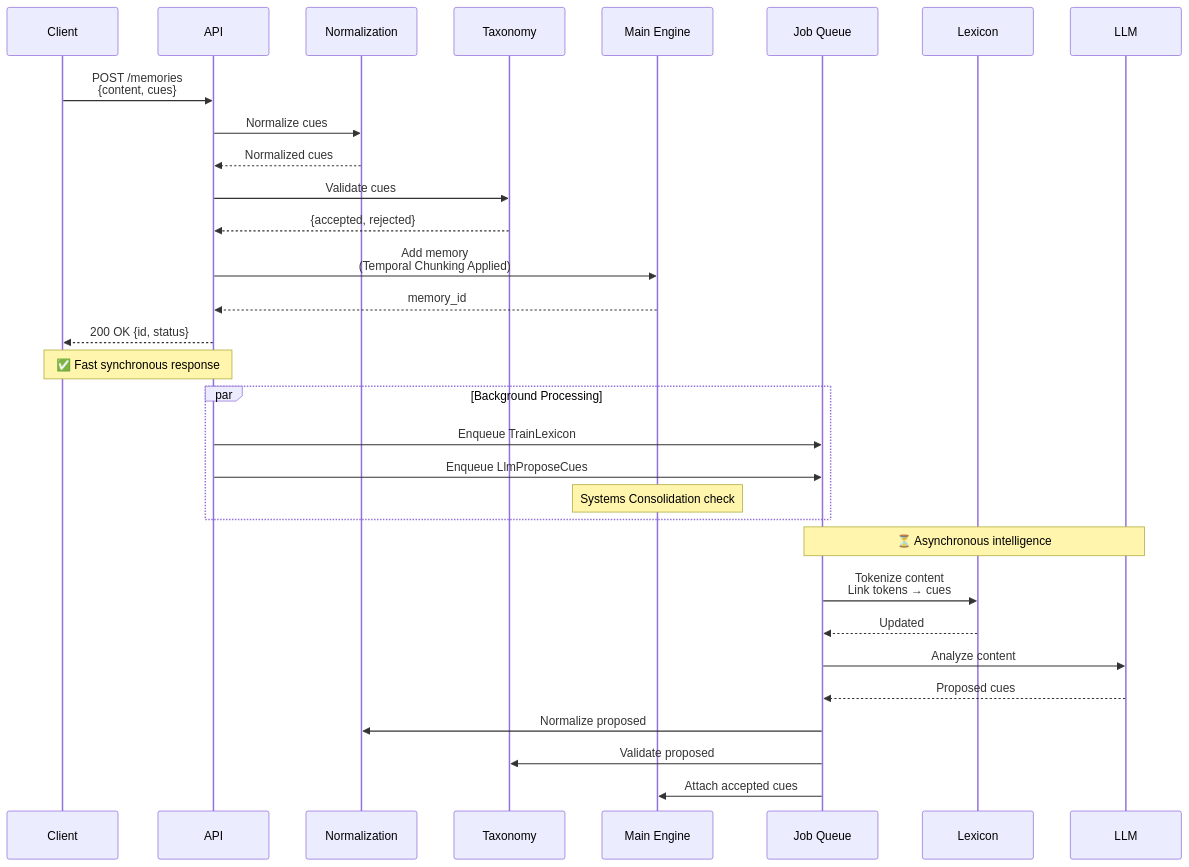
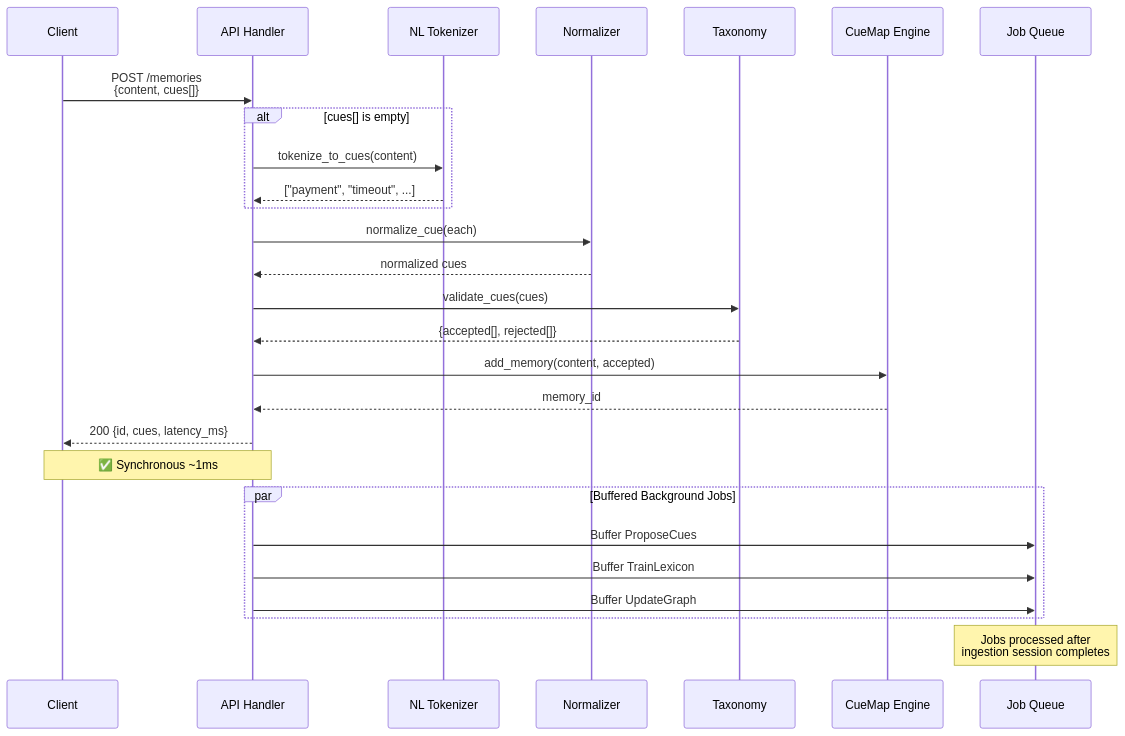
Before and after one commit to cuemap-dev/cuemap: the second of 6 diagrams in README.md, drawn with Mermaid. The commit also changed other lines of this file and 6 other files, not shown here.

````diff
--- a/README.md
+++ b/README.md
@@ -610,43 +637,37 @@
 ```mermaid
 sequenceDiagram
-    participant Client
-    participant API
-    participant Norm as Normalization
+    participant C as Client
+    participant API as API Handler
+    participant NL as NL Tokenizer
+    participant Norm as Normalizer
     participant Tax as Taxonomy
-    participant Main as Main Engine
-    participant Jobs as Job Queue
-    participant Lex as Lexicon
-    participant LLM
+    participant Main as CueMap Engine
+    participant Q as Job Queue
     
-    Client->>API: POST /memories<br/>{content, cues}
+    C->>API: POST /memories<br/>{content, cues[]}
     
-    API->>Norm: Normalize cues
-    Norm-->>API: Normalized cues
+    alt cues[] is empty
+        API->>NL: tokenize_to_cues(content)
+        NL-->>API: ["payment", "timeout", ...]
+    end
     
-    API->>Tax: Validate cues
-    Tax-->>API: {accepted, rejected}
+    API->>Norm: normalize_cue(each)
+    Norm-->>API: normalized cues
     
-    API->>Main: Add memory<br/>(Temporal Chunking Applied)
+    API->>Tax: validate_cues(cues)
+    Tax-->>API: {accepted[], rejected[]}
+    
+    API->>Main: add_memory(content, accepted)
     Main-->>API: memory_id
     
-    API-->>Client: 200 OK {id, status}
-    Note over Client,API: ✅ Fast synchronous response
+    API-->>C: 200 {id, cues, latency_ms}
+    Note over C,API: ✅ Synchronous ~1ms
     
-    par Background Processing
-        API->>Jobs: Enqueue TrainLexicon
-        API->>Jobs: Enqueue LlmProposeCues
-        Note over Main: Systems Consolidation check
+    par Buffered Background Jobs
+        API->>Q: Buffer ProposeCues
+        API->>Q: Buffer TrainLexicon
+        API->>Q: Buffer UpdateGraph
     end
     
-    Note over Jobs,LLM: ⏳ Asynchronous intelligence
-    
-    Jobs->>Lex: Tokenize content<br/>Link tokens → cues
-    Lex-->>Jobs: Updated
-    
-    Jobs->>LLM: Analyze content
-    LLM-->>Jobs: Proposed cues
-    
-    Jobs->>Norm: Normalize proposed
-    Jobs->>Tax: Validate proposed
-    Jobs->>Main: Attach accepted cues
+    Note over Q: Jobs processed after<br/>ingestion session completes
 ```
````
